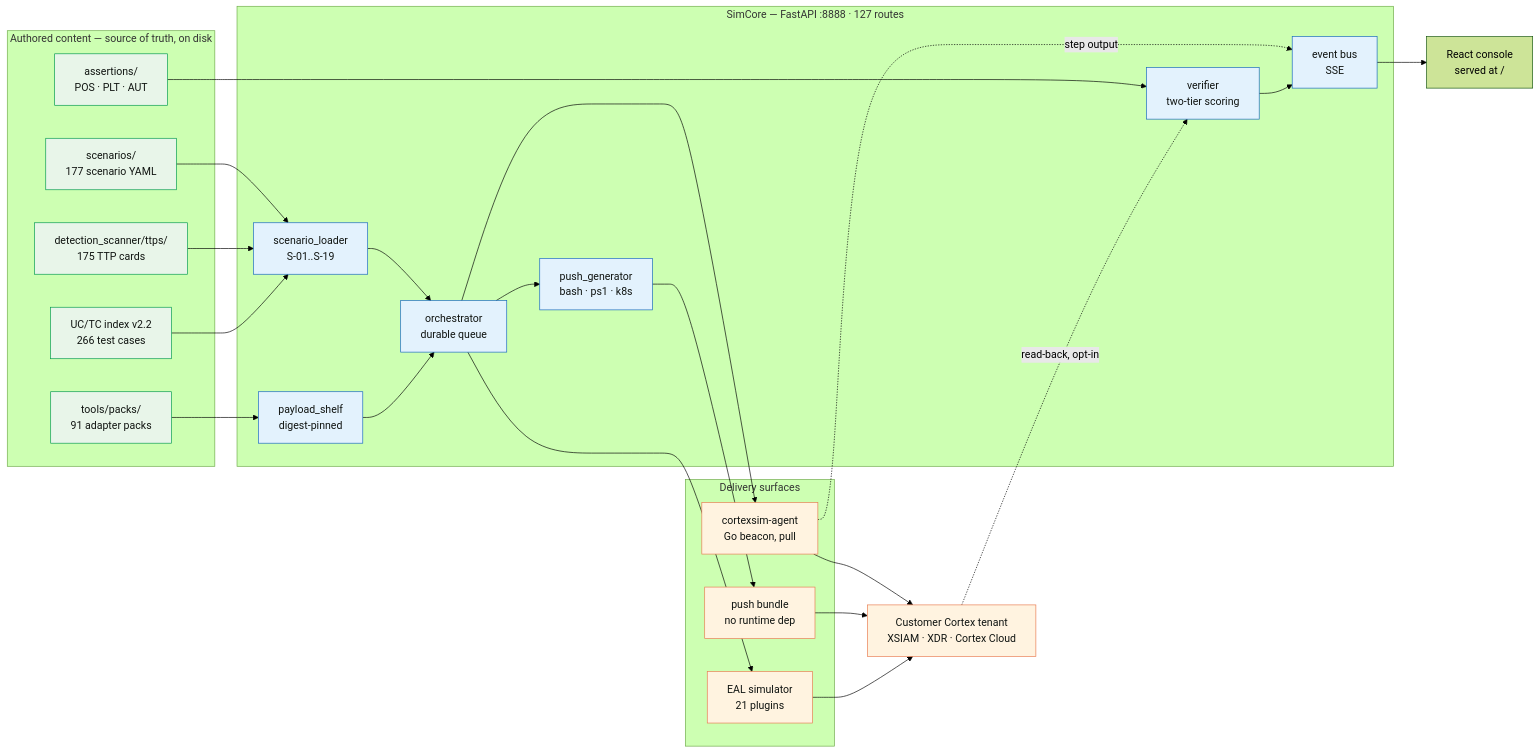
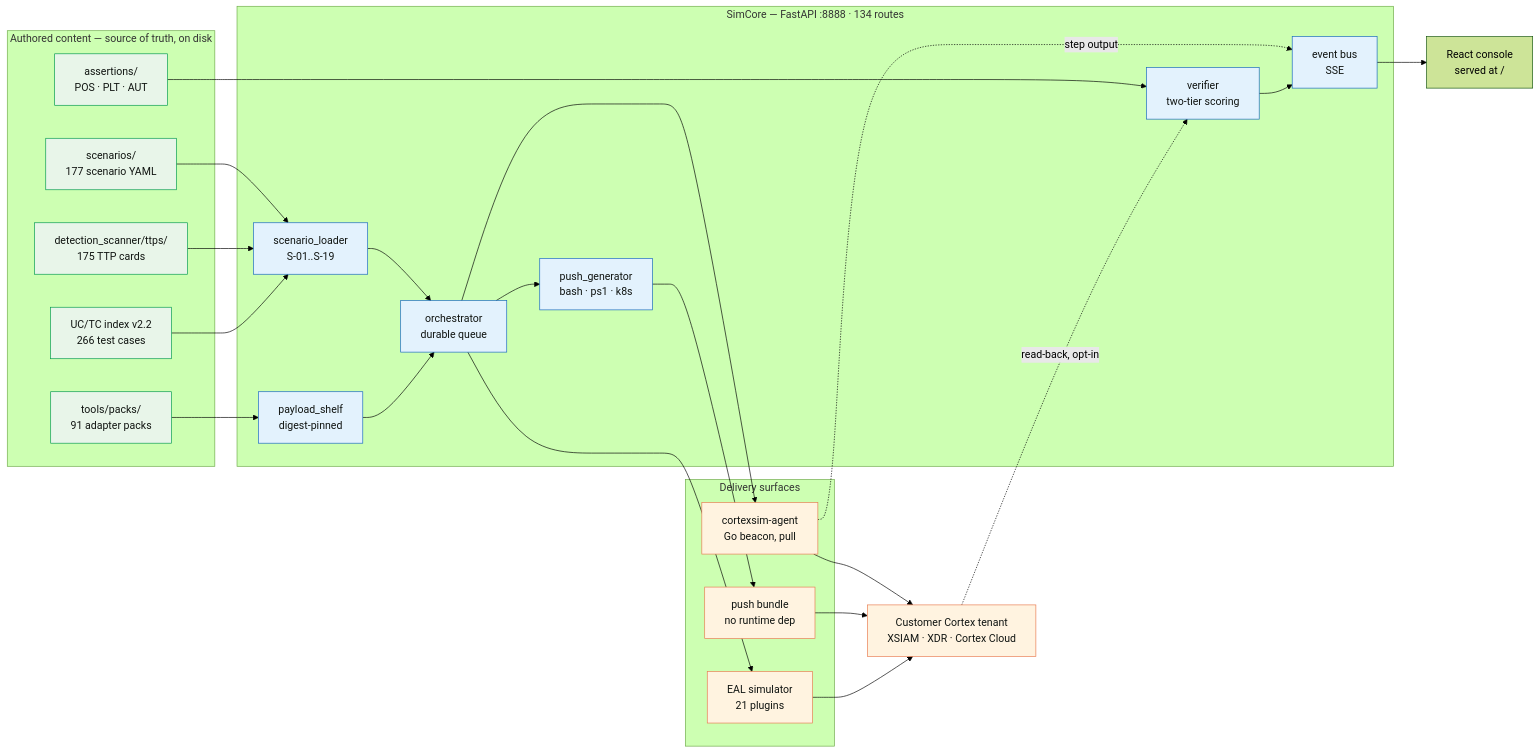
The first of 6 diagrams in README.md (hankthebldr/cortex-pov-engine), drawn with Mermaid (forest theme) before and after one commit. The commit also changed other lines of this file and 1 other file, not shown here.

````diff
--- a/README.md
+++ b/README.md
@@ -191,54 +191,54 @@
 ```mermaid
 flowchart LR
     subgraph AUTHOR["Authored content — source of truth, on disk"]
         SC["scenarios/<br/>177 scenario YAML"]
         TTP["detection_scanner/ttps/<br/>175 TTP cards"]
         ASRT["assertions/<br/>POS · PLT · AUT"]
         PACK["tools/packs/<br/>91 adapter packs"]
         IDX["UC/TC index v2.2<br/>266 test cases"]
     end
 
-    subgraph CORE["SimCore — FastAPI :8888 · 127 routes"]
+    subgraph CORE["SimCore — FastAPI :8888 · 134 routes"]
         LOAD["scenario_loader<br/>S-01..S-19"]
         ORCH["orchestrator<br/>durable queue"]
         SHELF["payload_shelf<br/>digest-pinned"]
         VERIF["verifier<br/>two-tier scoring"]
         BUS["event bus<br/>SSE"]
         PUSH["push_generator<br/>bash · ps1 · k8s"]
     end
 
     subgraph EXEC["Delivery surfaces"]
         AGENT["cortexsim-agent<br/>Go beacon, pull"]
         BUNDLE["push bundle<br/>no runtime dep"]
         EAL["EAL simulator<br/>21 plugins"]
     end
 
     TENANT["Customer Cortex tenant<br/>XSIAM · XDR · Cortex Cloud"]
     UI["React console<br/>served at /"]
 
     SC --> LOAD
     TTP --> LOAD
     PACK --> SHELF
     IDX --> LOAD
     ASRT --> VERIF
     LOAD --> ORCH
     SHELF --> ORCH
     ORCH --> AGENT
     ORCH --> PUSH
     PUSH --> BUNDLE
     ORCH --> EAL
     AGENT --> TENANT
     BUNDLE --> TENANT
     EAL --> TENANT
     AGENT -. "step output" .-> BUS
     BUS --> UI
     TENANT -. "read-back, opt-in" .-> VERIF
     VERIF --> BUS
 
     classDef src fill:#e8f5e9,stroke:#00994d,color:#101411
     classDef eng fill:#e3f2fd,stroke:#1565c0,color:#101411
     classDef out fill:#fff3e0,stroke:#e87a4f,color:#101411
     class SC,TTP,ASRT,PACK,IDX src
     class LOAD,ORCH,SHELF,VERIF,BUS,PUSH eng
     class AGENT,BUNDLE,EAL,TENANT out
 ```
````
